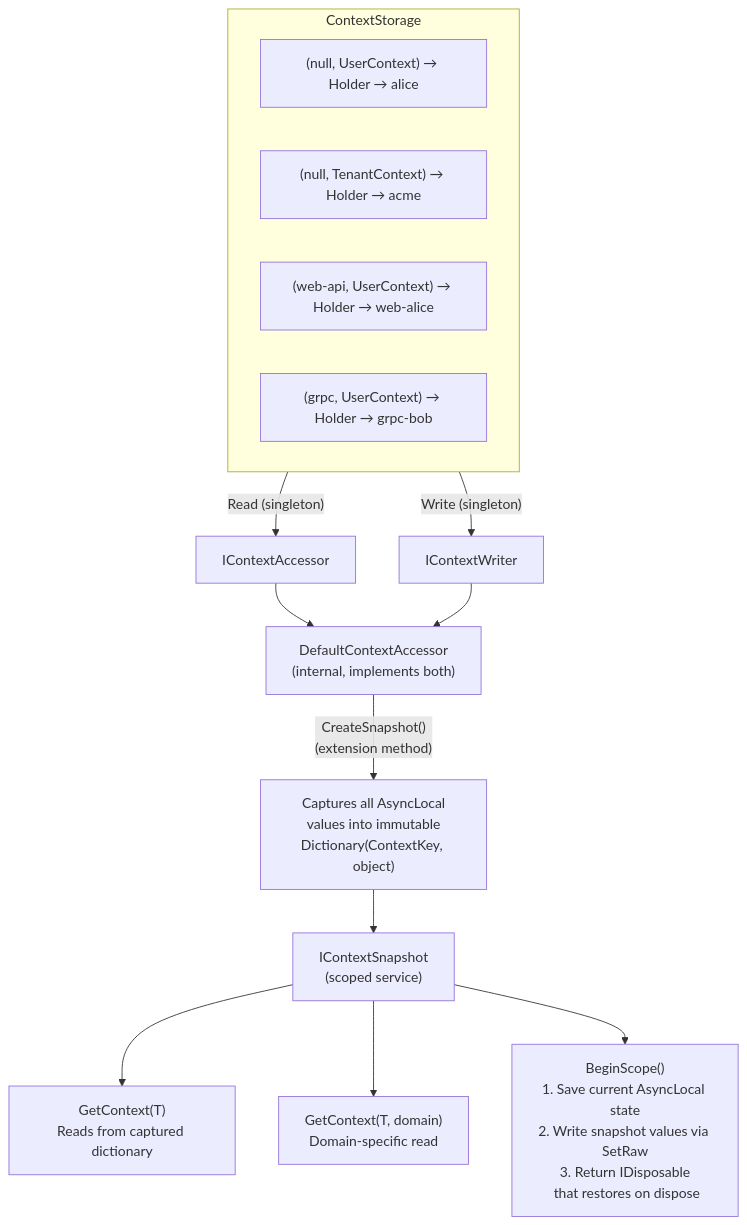
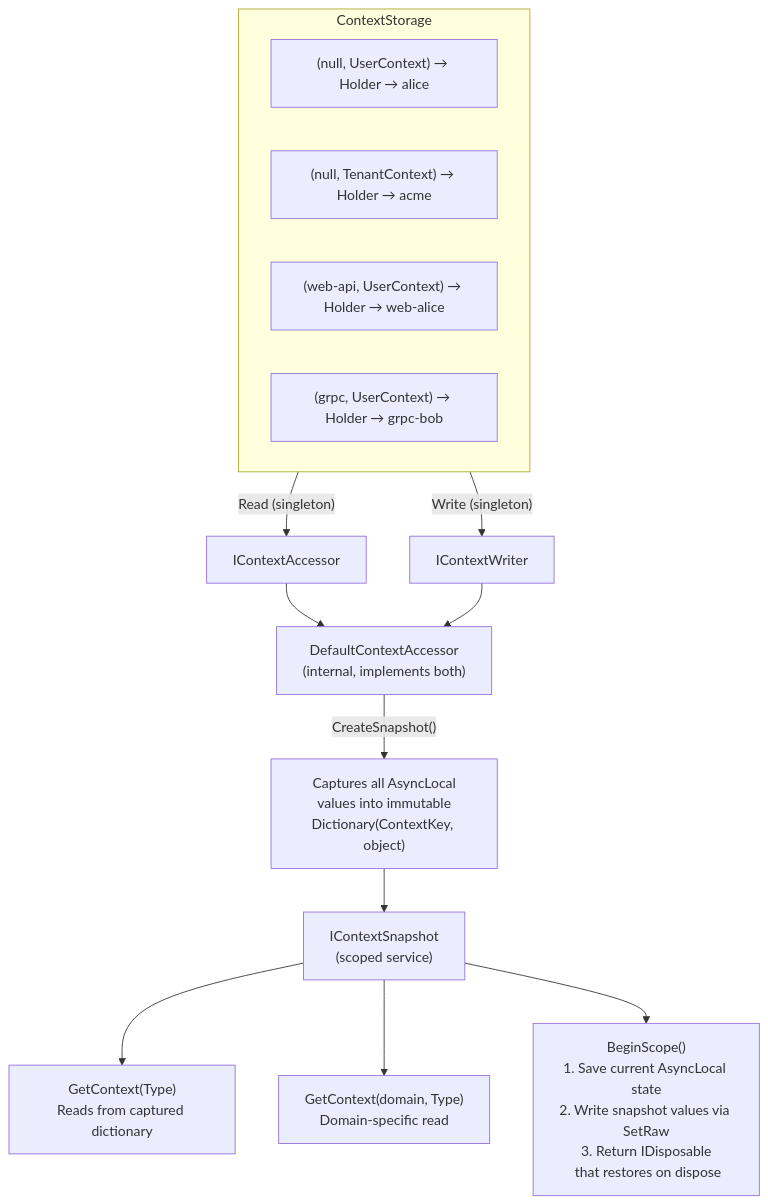
One commit to arttonoyan/ContextR changed the fourth of 8 diagrams in docs/ARCHITECTURE.md. Above: the diagram before and after it, drawn with Mermaid. The commit also changed other lines of this file and 13 other files, not shown here.

````diff
--- a/docs/ARCHITECTURE.md
+++ b/docs/ARCHITECTURE.md
@@ -335,23 +336,23 @@
 ```mermaid
 graph TD
     subgraph Storage["ContextStorage"]
         S1["(null, UserContext) → Holder → alice"]
         S2["(null, TenantContext) → Holder → acme"]
         S3["(web-api, UserContext) → Holder → web-alice"]
         S4["(grpc, UserContext) → Holder → grpc-bob"]
     end
 
     Storage -- "Read (singleton)" --> Accessor["IContextAccessor"]
     Storage -- "Write (singleton)" --> Writer["IContextWriter"]
 
     Accessor --> DCA["DefaultContextAccessor\n(internal, implements both)"]
     Writer --> DCA
 
-    DCA -- "CreateSnapshot()\n(extension method)" --> Capture["Captures all AsyncLocal\nvalues into immutable\nDictionary(ContextKey, object)"]
+    DCA -- "CreateSnapshot()" --> Capture["Captures all AsyncLocal\nvalues into immutable\nDictionary(ContextKey, object)"]
 
     Capture --> Snapshot["IContextSnapshot\n(scoped service)"]
 
-    Snapshot --> GetCtx["GetContext(T)\nReads from captured dictionary"]
-    Snapshot --> GetDomain["GetContext(T, domain)\nDomain-specific read"]
+    Snapshot --> GetCtx["GetContext(Type)\nReads from captured dictionary"]
+    Snapshot --> GetDomain["GetContext(domain, Type)\nDomain-specific read"]
     Snapshot --> BeginScope["BeginScope()\n1. Save current AsyncLocal state\n2. Write snapshot values via SetRaw\n3. Return IDisposable\n that restores on dispose"]
 ```
````
